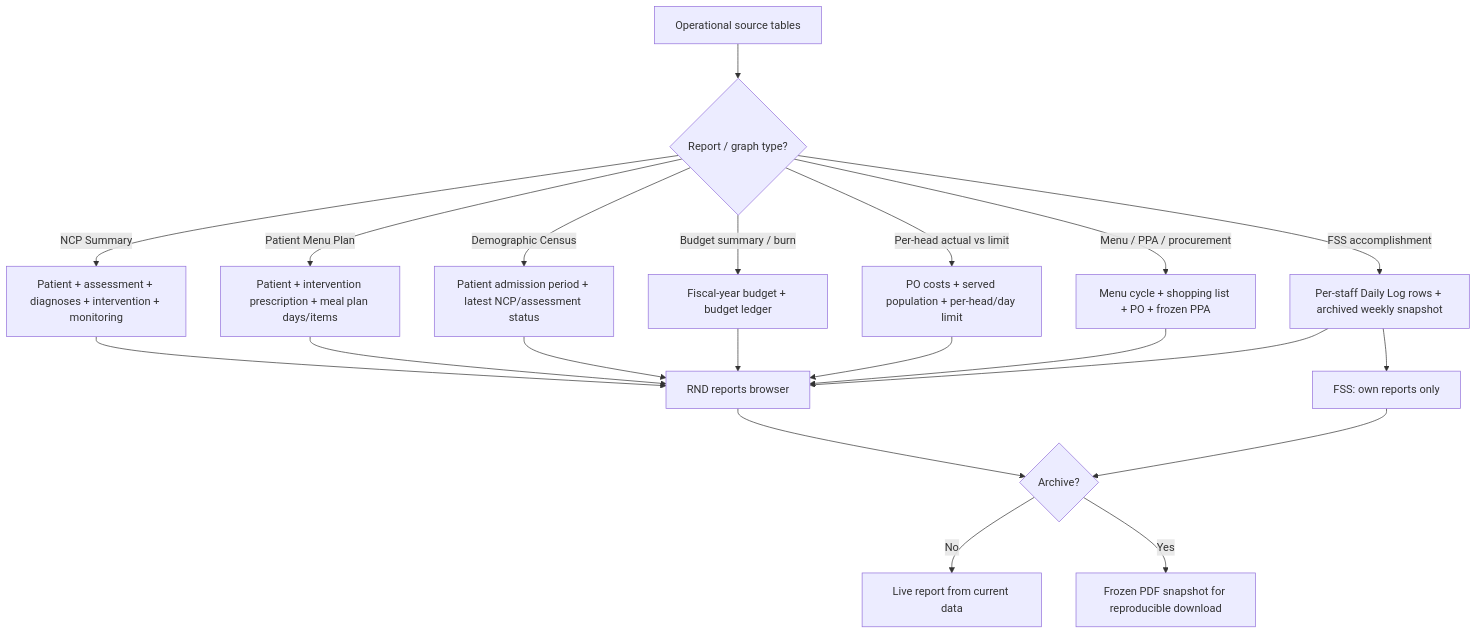
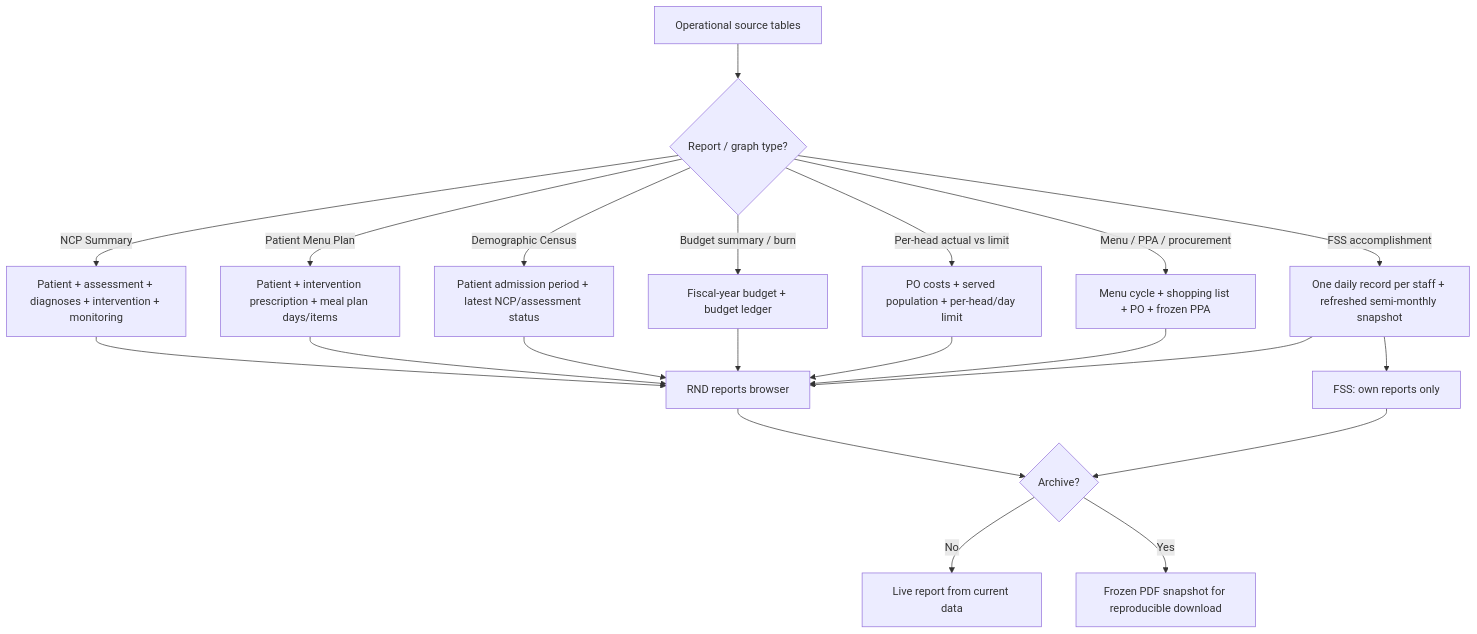
The eighth of 9 diagrams in docs/module-workflow-flowchart.md (ja2gc/Nutriscope), drawn with Mermaid before and after one commit. The commit also changed other lines of this file and 24 other files, not shown here.

Commit message:
fix(fss): complete accomplishment reports

````diff
--- a/docs/module-workflow-flowchart.md
+++ b/docs/module-workflow-flowchart.md
@@ -298,25 +298,25 @@
 ```mermaid
 flowchart TD
     A["Operational source tables"] --> B{"Report / graph type?"}
     B -->|"NCP Summary"| C["Patient + assessment + diagnoses + intervention + monitoring"]
     B -->|"Patient Menu Plan"| D["Patient + intervention prescription + meal plan days/items"]
     B -->|"Demographic Census"| E["Patient admission period + latest NCP/assessment status"]
     B -->|"Budget summary / burn"| F["Fiscal-year budget + budget ledger"]
     B -->|"Per-head actual vs limit"| G["PO costs + served population + per-head/day limit"]
     B -->|"Menu / PPA / procurement"| H["Menu cycle + shopping list + PO + frozen PPA"]
-    B -->|"FSS accomplishment"| I["Per-staff Daily Log rows + archived weekly snapshot"]
+    B -->|"FSS accomplishment"| I["One daily record per staff + refreshed semi-monthly snapshot"]
 
     C --> J["RND reports browser"]
     D --> J
     E --> J
     F --> J
     G --> J
     H --> J
     I --> J
     I --> K["FSS: own reports only"]
 
     J --> L{"Archive?"}
     K --> L
     L -->|"No"| M["Live report from current data"]
     L -->|"Yes"| N["Frozen PDF snapshot for reproducible download"]
 ```
````
